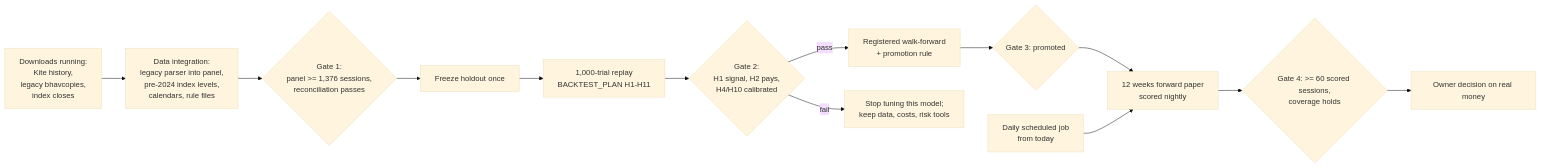
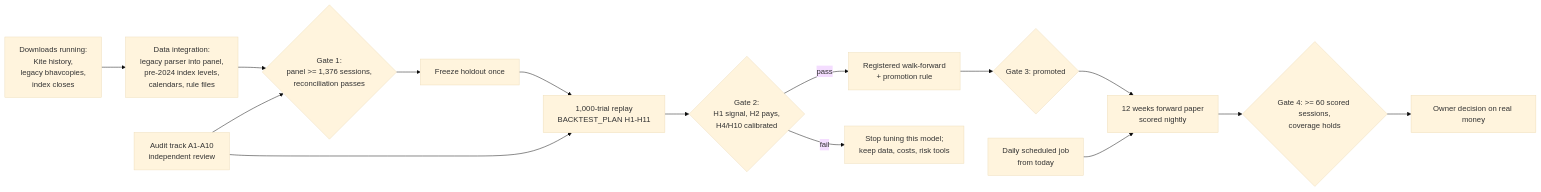
Before and after one commit to aamosm/NSE_BSE_Trading: the diagram in docs/ROADMAP_NEXT.md, drawn with Mermaid (base theme). The commit also changed other lines of this file and 9 other files, not shown here.

First line of the commit message:
Bring the external audit into the project: brief, findings, model assignments, review trail in the app

````diff
--- a/docs/ROADMAP_NEXT.md
+++ b/docs/ROADMAP_NEXT.md
@@ -20,15 +20,17 @@
 ```mermaid
 flowchart LR
   A[Downloads running:<br/>Kite history,<br/>legacy bhavcopies,<br/>index closes] --> B[Data integration:<br/>legacy parser into panel,<br/>pre-2024 index levels,<br/>calendars, rule files]
   B --> C{Gate 1:<br/>panel >= 1,376 sessions,<br/>reconciliation passes}
   C --> D[Freeze holdout once]
   D --> E[1,000-trial replay<br/>BACKTEST_PLAN H1-H11]
   E --> F{Gate 2:<br/>H1 signal, H2 pays,<br/>H4/H10 calibrated}
   F -->|pass| G[Registered walk-forward<br/>+ promotion rule]
   F -->|fail| X[Stop tuning this model;<br/>keep data, costs, risk tools]
   G --> H{Gate 3: promoted}
   H --> I[12 weeks forward paper<br/>scored nightly]
   I --> J{Gate 4: >= 60 scored sessions,<br/>coverage holds}
   J --> K[Owner decision on real money]
   S[Daily scheduled job<br/>from today] --> I
+  AU[Audit track A1-A10<br/>independent review] --> C
+  AU --> E
 ```
````
